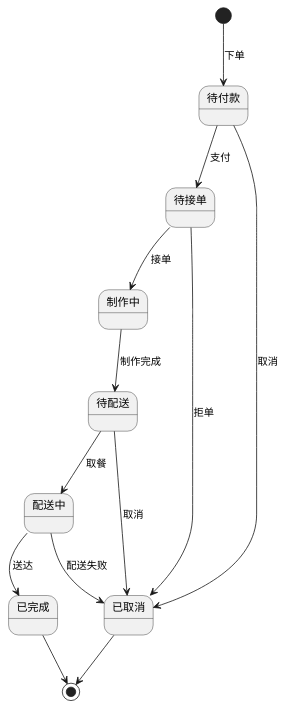
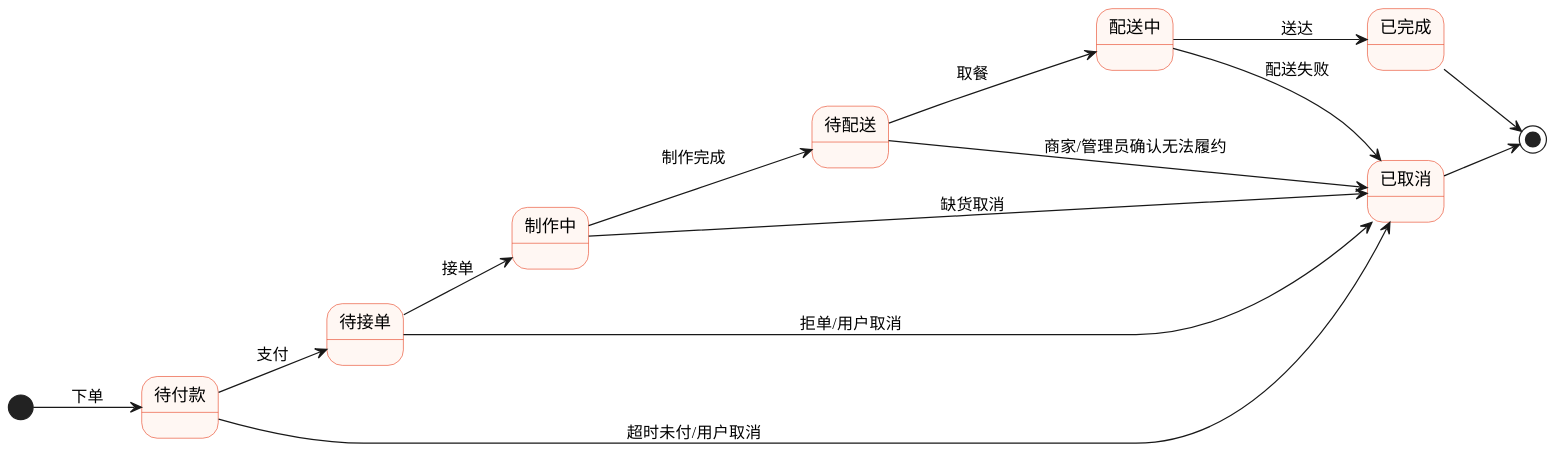
Before and after one commit to shenningxin-lab/software-engineering-lab: the diagram in UML/UML状态图.puml, drawn with PlantUML. The commit also changed 23 other files, not shown here.

Commit message:
实验二：保存人工修改后的 UML 与 UI 设计

```diff
--- a/UML/UML状态图.puml
+++ b/UML/UML状态图.puml
@@ -1,24 +1,30 @@
 @startuml
 skinparam defaultFontName "Microsoft YaHei"
+skinparam shadowing false
+skinparam dpi 150
+left to right direction
+skinparam stateBackgroundColor #FFF7F3
+skinparam stateBorderColor #E8482A
 
 state "待付款" as s1
 state "待接单" as s2
 state "制作中" as s3
 state "待配送" as s4
 state "配送中" as s5
 state "已完成" as s6
 state "已取消" as s7
 
 [*] --> s1 : 下单
 s1 --> s2 : 支付
-s1 --> s7 : 取消
+s1 --> s7 : 超时未付/用户取消
 s2 --> s3 : 接单
-s2 --> s7 : 拒单
+s2 --> s7 : 拒单/用户取消
 s3 --> s4 : 制作完成
+s3 --> s7 : 缺货取消
 s4 --> s5 : 取餐
-s4 --> s7 : 取消
+s4 --> s7 : 商家/管理员确认无法履约
 s5 --> s6 : 送达
 s5 --> s7 : 配送失败
 s6 --> [*]
 s7 --> [*]
 @enduml
```
